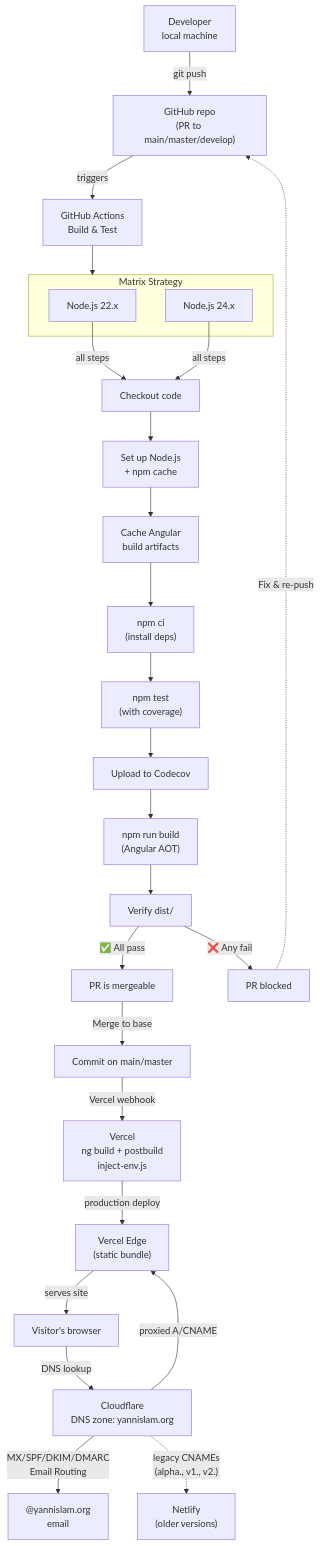
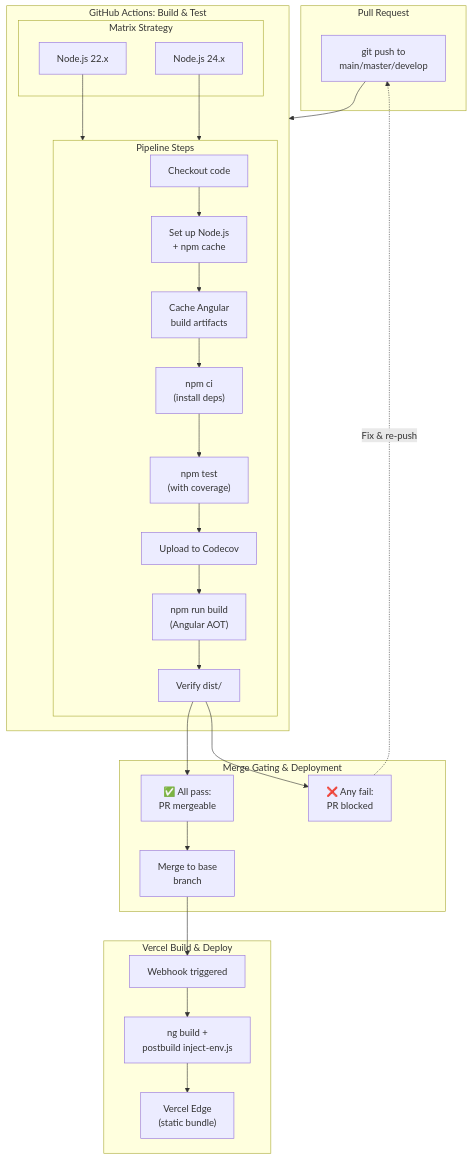
The second of 3 diagrams in README.md (AardeYamz/v3.yannislam.org), drawn with Mermaid before and after one commit. The commit also changed other lines of this file, not shown here.

Commit message:
refactor: separate deployment and DNS diagrams with subgraphs
- Split into two diagrams: GitHub Actions CI/CD Pipeline and DNS & Content Delivery
- GitHub Actions diagram with subgraphs: Pull Request, Build & Test, Pipeline Steps, Merge Gating & Deployment, Vercel Build & Deploy
- DNS diagram with subgraphs: User, DNS Resolution, Edge Serving, Email Infrastructure, Legacy Versions
- Improve clarity and modularity of DevOps architecture visualization

Claude-Session: https://claude.ai/code/session_01NcUFoi3nyR8TTrkj5PfwBX

````diff
--- a/README.md
+++ b/README.md
@@ -130,39 +130,47 @@
 ```mermaid
 flowchart TB
-    Developer["Developer<br/>local machine"]
-    Developer -->|"git push"| GitHub["GitHub repo<br/>(PR to main/master/develop)"]
-    
-    GitHub -->|"triggers"| GHA["GitHub Actions<br/>Build & Test"]
-    
-    subgraph Matrix["Matrix Strategy"]
-        N22["Node.js 22.x"] 
-        N24["Node.js 24.x"]
+    subgraph PR["Pull Request"]
+        GitPush["git push to<br/>main/master/develop"]
     end
     
-    GHA --> Matrix
+    subgraph GHA["GitHub Actions: Build & Test"]
+        subgraph MatrixStrategy["Matrix Strategy"]
+            N22["Node.js 22.x"]
+            N24["Node.js 24.x"]
+        end
+        
+        subgraph Pipeline["Pipeline Steps"]
+            Checkout["Checkout code"]
+            Setup["Set up Node.js<br/>+ npm cache"]
+            AngularCache["Cache Angular<br/>build artifacts"]
+            Install["npm ci<br/>(install deps)"]
+            Tests["npm test<br/>(with coverage)"]
+            Coverage["Upload to Codecov"]
+            Build["npm run build<br/>(Angular AOT)"]
+            Verify["Verify dist/"]
+        end
+        
+        Checkout --> Setup --> AngularCache --> Install --> Tests --> Coverage --> Build --> Verify
+    end
     
-    N22 & N24 -->|"all steps"| Checkout["Checkout code"]
-    Checkout --> Setup["Set up Node.js<br/>+ npm cache"]
-    Setup --> AngularCache["Cache Angular<br/>build artifacts"]
-    AngularCache --> Install["npm ci<br/>(install deps)"]
-    Install --> Tests["npm test<br/>(with coverage)"]
-    Tests --> Coverage["Upload to Codecov"]
-    Coverage --> Build["npm run build<br/>(Angular AOT)"]
-    Build --> Verify["Verify dist/"]
+    subgraph GateAndDeploy["Merge Gating & Deployment"]
+        Mergeable["✅ All pass:<br/>PR mergeable"]
+        Blocked["❌ Any fail:<br/>PR blocked"]
+        Merged["Merge to base<br/>branch"]
+    end
     
-    Verify -->|"✅ All pass"| Mergeable["PR is mergeable"]
-    Verify -->|"❌ Any fail"| Blocked["PR blocked"]
+    subgraph VercelBuild["Vercel Build & Deploy"]
+        VercelCheck["Webhook triggered"]
+        VercelBuild2["ng build +<br/>postbuild inject-env.js"]
+        VercelServe["Vercel Edge<br/>(static bundle)"]
+    end
     
-    Mergeable -->|"Merge to base"| Merged["Commit on main/master"]
-    Blocked -.->|"Fix & re-push"| GitHub
-    
-    Merged -->|"Vercel webhook"| Vercel["Vercel<br/>ng build + postbuild<br/>inject-env.js"]
-    Vercel -->|"production deploy"| VercelServe["Vercel Edge<br/>(static bundle)"]
-    
-    Visitor["Visitor's browser"] -->|"DNS lookup"| Cloudflare["Cloudflare<br/>DNS zone: yannislam.org"]
-    Cloudflare -->|"proxied A/CNAME"| VercelServe
-    VercelServe -->|"serves site"| Visitor
-    
-    Cloudflare -->|"MX/SPF/DKIM/DMARC<br/>Email Routing"| Inbox["@yannislam.org<br/>email"]
-    Cloudflare -.->|"legacy CNAMEs<br/>(alpha., v1., v2.)"| Netlify["Netlify<br/>(older versions)"]
+    GitPush --> GHA
+    N22 & N24 --> Pipeline
+    Verify --> Mergeable
+    Verify --> Blocked
+    Blocked -.->|"Fix & re-push"| GitPush
+    Mergeable --> Merged
+    Merged --> VercelCheck
+    VercelCheck --> VercelBuild2 --> VercelServe
 ```
````
